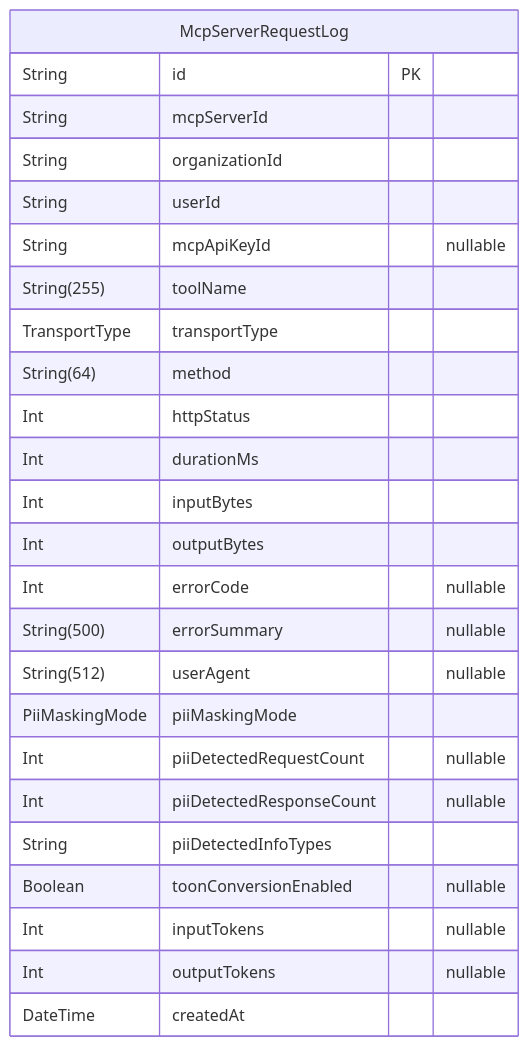
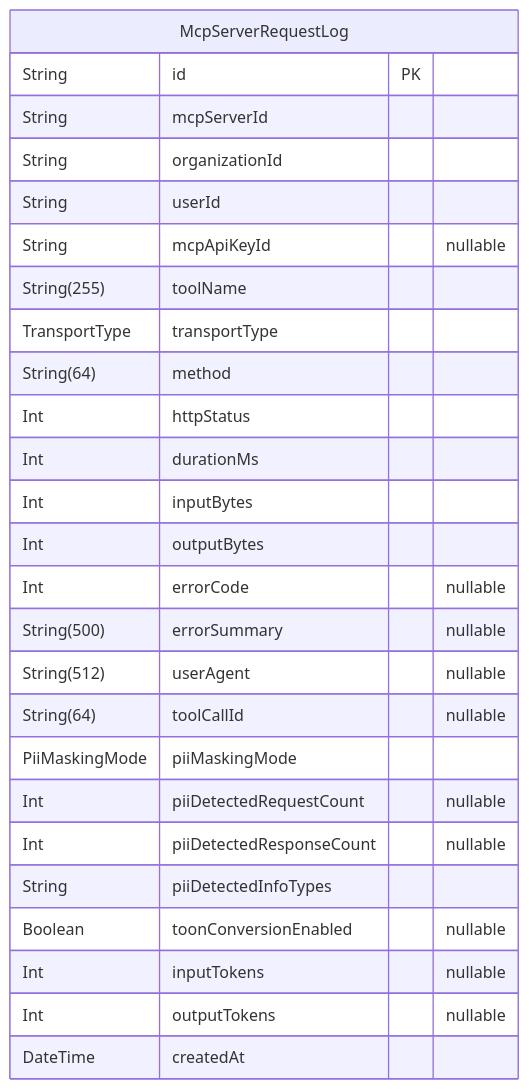
Before and after one commit to rayven122/tumiki: the seventh of 10 diagrams in packages/db/prisma/README.md, drawn with Mermaid. The commit also changed other lines of this file and 19 other files, not shown here.

````diff
--- a/packages/db/prisma/README.md
+++ b/packages/db/prisma/README.md
@@ -588,28 +550,29 @@
 ```mermaid
 erDiagram
 "McpServerRequestLog" {
   String id PK
   String mcpServerId
   String organizationId
   String userId
   String mcpApiKeyId "nullable"
   String(255) toolName
   TransportType transportType
   String(64) method
   Int httpStatus
   Int durationMs
   Int inputBytes
   Int outputBytes
   Int errorCode "nullable"
   String(500) errorSummary "nullable"
   String(512) userAgent "nullable"
+  String(64) toolCallId "nullable"
   PiiMaskingMode piiMaskingMode
   Int piiDetectedRequestCount "nullable"
   Int piiDetectedResponseCount "nullable"
   String piiDetectedInfoTypes
   Boolean toonConversionEnabled "nullable"
   Int inputTokens "nullable"
   Int outputTokens "nullable"
   DateTime createdAt
 }
 ```
````
